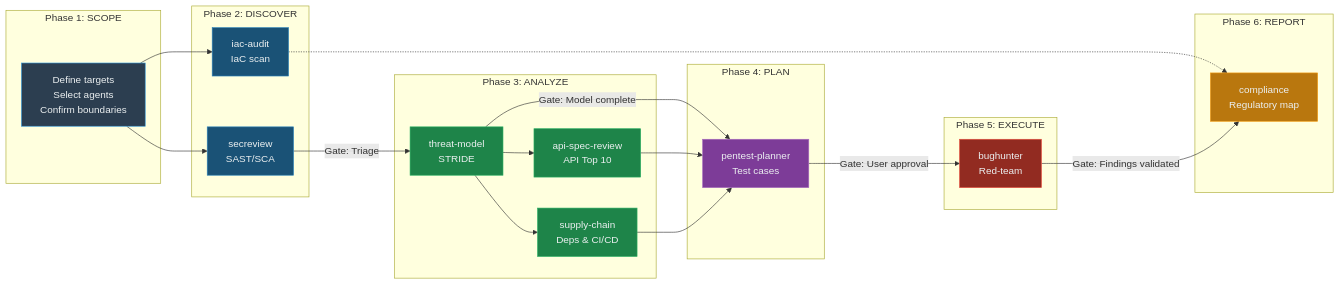
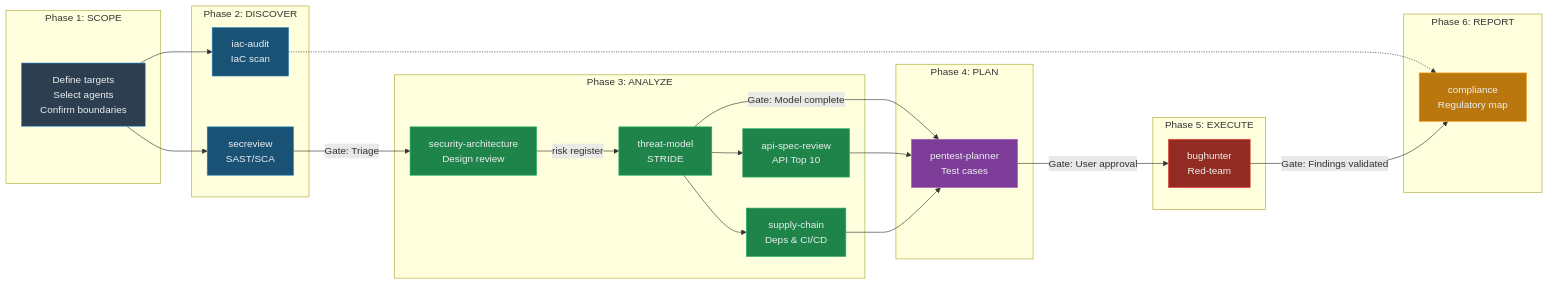
One commit to marcboggs/BMAD-AppSec-Orchestrator changed the first of 5 diagrams in README.md. Above: the diagram before and after it, drawn with Mermaid. The commit also changed other lines of this file and 23 other files, not shown here.

Commit message:
Added security architect agent Fix mermaid displays in reports

````diff
--- a/README.md
+++ b/README.md
@@ -17,51 +17,54 @@
 ```mermaid
 graph LR
     subgraph "Phase 1: SCOPE"
         S[Define targets<br/>Select agents<br/>Confirm boundaries]
     end
 
     subgraph "Phase 2: DISCOVER"
         D1[secreview<br/>SAST/SCA]
         D2[iac-audit<br/>IaC scan]
     end
 
     subgraph "Phase 3: ANALYZE"
+        A0[security-architecture<br/>Design review]
         A1[threat-model<br/>STRIDE]
         A2[api-spec-review<br/>API Top 10]
         A3[supply-chain<br/>Deps & CI/CD]
     end
 
     subgraph "Phase 4: PLAN"
         P[pentest-planner<br/>Test cases]
     end
 
     subgraph "Phase 5: EXECUTE"
         E[bughunter<br/>Red-team]
     end
 
     subgraph "Phase 6: REPORT"
         R[compliance<br/>Regulatory map]
     end
 
     S --> D1
     S --> D2
-    D1 -->|Gate: Triage| A1
+    D1 -->|Gate: Triage| A0
     D2 -.-> R
+    A0 -->|risk register| A1
     A1 --> A2
     A1 --> A3
     A1 -->|Gate: Model complete| P
     A2 --> P
     A3 --> P
     P -->|Gate: User approval| E
     E -->|Gate: Findings validated| R
 
     style S fill:#2c3e50,stroke:#3498db,color:#ecf0f1
     style D1 fill:#1a5276,stroke:#2980b9,color:#ecf0f1
     style D2 fill:#1a5276,stroke:#2980b9,color:#ecf0f1
     style A1 fill:#1e8449,stroke:#27ae60,color:#ecf0f1
+    style A0 fill:#1e8449,stroke:#27ae60,color:#ecf0f1
     style A2 fill:#1e8449,stroke:#27ae60,color:#ecf0f1
     style A3 fill:#1e8449,stroke:#27ae60,color:#ecf0f1
     style P fill:#7d3c98,stroke:#a569bd,color:#ecf0f1
     style E fill:#922b21,stroke:#e74c3c,color:#ecf0f1
     style R fill:#b9770e,stroke:#f39c12,color:#ecf0f1
 ```
````
